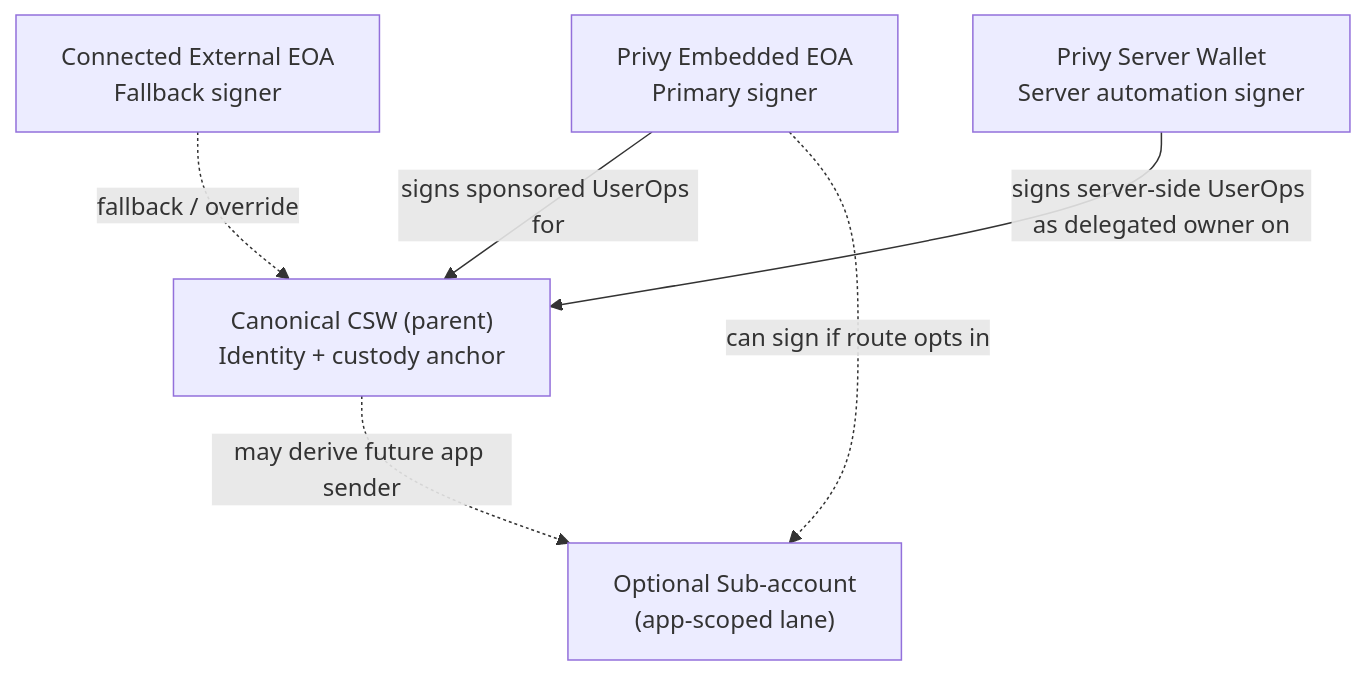
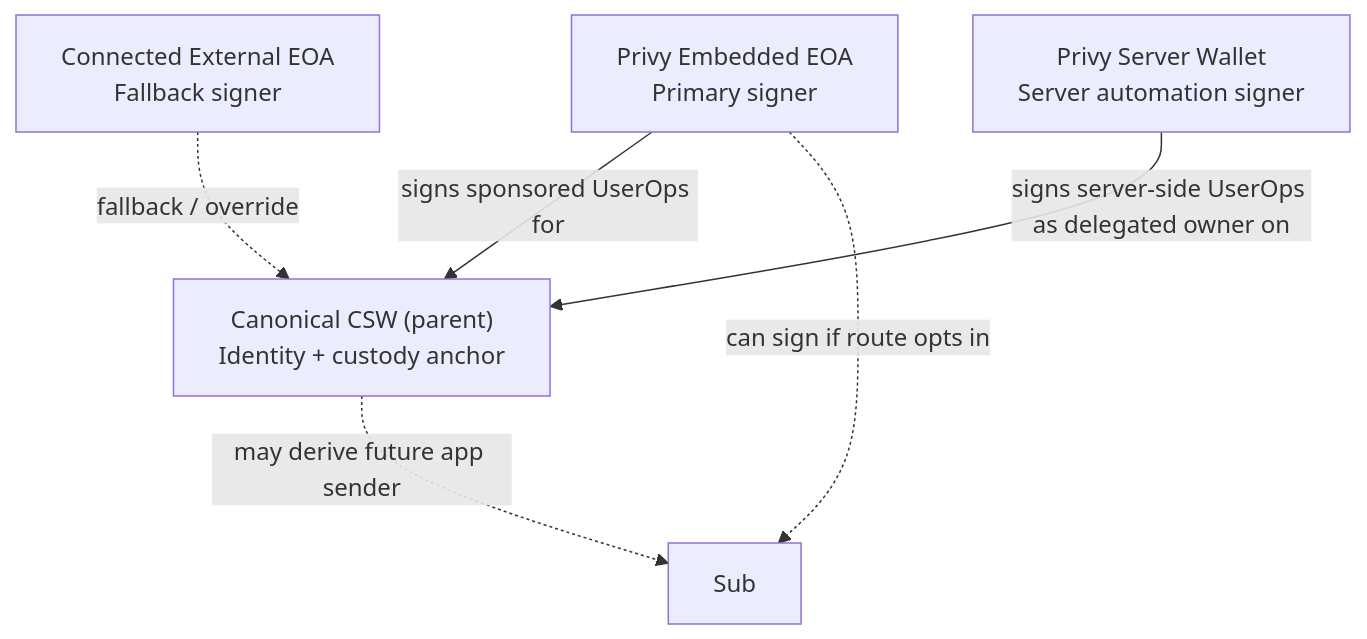
The first of 2 diagrams in docs/primitives/account.md (4626fun/4626), drawn with Mermaid before and after one commit. The commit also changed other lines of this file and 213 other files, not shown here.

````diff
--- a/docs/primitives/account.md
+++ b/docs/primitives/account.md
@@ -37,14 +35,13 @@
 ```mermaid
 flowchart TD
   CSW["Canonical CSW (parent)\nIdentity + custody anchor"]
   Embedded["Privy Embedded EOA\nPrimary signer"]
-  Sub["Optional Sub-account\n(app-scoped lane)"]
   External["Connected External EOA\nFallback signer"]
   Server["Privy Server Wallet\nServer automation signer"]
 
   Embedded -->|"signs sponsored UserOps for"| CSW
   CSW -.->|"may derive future app sender"| Sub
   Embedded -.->|"can sign if route opts in"| Sub
   External -.->|"fallback / override"| CSW
   Server -->|"signs server-side UserOps as delegated owner on"| CSW
 ```
````
